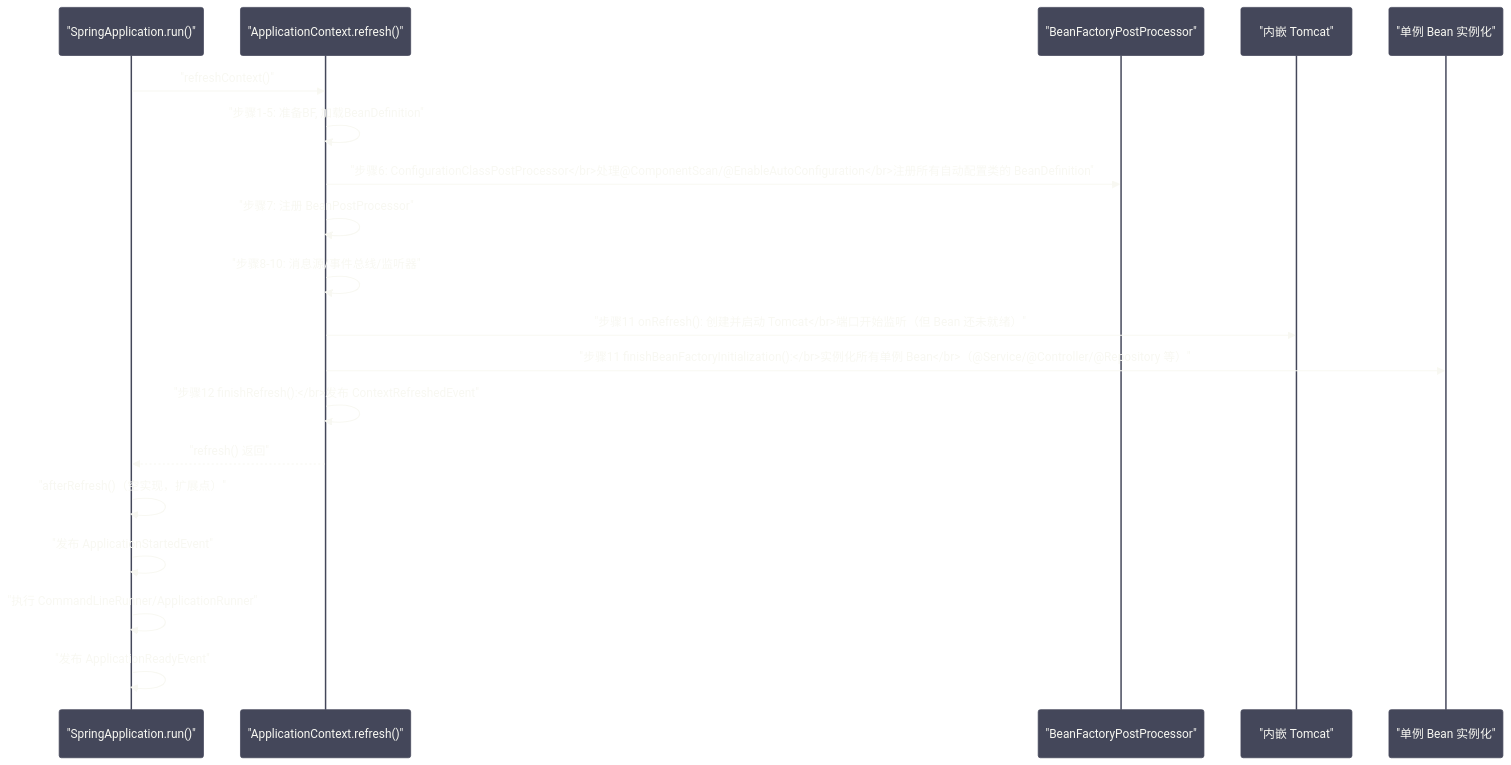
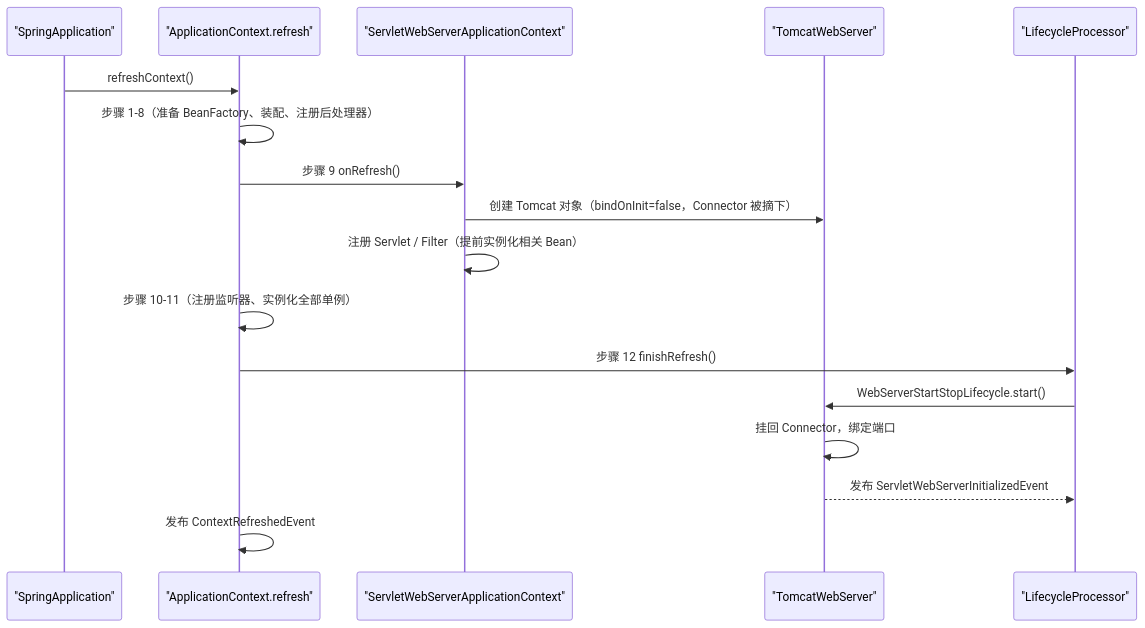
The third of 5 diagrams in content/Java/SpringBoot/01 启动流程——从main方法到ApplicationContext就绪.md (hpliStartAgain/my-brain), drawn with Mermaid before and after one commit. The commit also changed other lines of this file and 455 other files, not shown here.

````diff
--- a/content/Java/SpringBoot/01 启动流程——从main方法到ApplicationContext就绪.md
+++ b/content/Java/SpringBoot/01 启动流程——从main方法到ApplicationContext就绪.md
@@ -479,23 +382,21 @@
 ```mermaid
-%%{init: {'theme': 'base', 'themeVariables': {'primaryColor': '#6272a4', 'primaryTextColor': '#f8f8f2', 'primaryBorderColor': '#44475a', 'lineColor': '#bd93f9', 'secondaryColor': '#44475a', 'tertiaryColor': '#282a36', 'background': '#282a36', 'mainBkg': '#44475a', 'nodeBorder': '#6272a4', 'clusterBkg': '#282a36', 'titleColor': '#f8f8f2', 'edgeLabelBackground': '#44475a', 'fontFamily': 'monospace'}}}%%
+%%{init: {'theme': 'dracula'}}%%
 sequenceDiagram
-    participant SBA as "SpringApplication.run()"
-    participant CTX as "ApplicationContext.refresh()"
-    participant BFPP as "BeanFactoryPostProcessor"
-    participant TOMCAT as "内嵌 Tomcat"
-    participant BEANS as "单例 Bean 实例化"
+    participant SA as "SpringApplication"
+    participant AC as "ApplicationContext.refresh"
+    participant WS as "ServletWebServerApplicationContext"
+    participant TC as "TomcatWebServer"
+    participant LC as "LifecycleProcessor"
 
-    SBA->>CTX: "refreshContext()"
-    CTX->>CTX: "步骤1-5: 准备BF, 加载BeanDefinition"
-    CTX->>BFPP: "步骤6: ConfigurationClassPostProcessor</br>处理@ComponentScan/@EnableAutoConfiguration</br>注册所有自动配置类的 BeanDefinition"
-    CTX->>CTX: "步骤7: 注册 BeanPostProcessor"
-    CTX->>CTX: "步骤8-10: 消息源/事件总线/监听器"
-    CTX->>TOMCAT: "步骤11 onRefresh(): 创建并启动 Tomcat</br>端口开始监听（但 Bean 还未就绪）"
-    CTX->>BEANS: "步骤11 finishBeanFactoryInitialization():</br>实例化所有单例 Bean</br>（@Service/@Controller/@Repository 等）"
-    CTX->>CTX: "步骤12 finishRefresh():</br>发布 ContextRefreshedEvent"
-    CTX-->>SBA: "refresh() 返回"
-    SBA->>SBA: "afterRefresh()（空实现，扩展点）"
-    SBA->>SBA: "发布 ApplicationStartedEvent"
-    SBA->>SBA: "执行 CommandLineRunner/ApplicationRunner"
-    SBA->>SBA: "发布 ApplicationReadyEvent"
+    SA->>AC: refreshContext()
+    AC->>AC: 步骤 1-8（准备 BeanFactory、装配、注册后处理器）
+    AC->>WS: 步骤 9 onRefresh()
+    WS->>TC: 创建 Tomcat 对象（bindOnInit=false，Connector 被摘下）
+    WS->>WS: 注册 Servlet / Filter（提前实例化相关 Bean）
+    AC->>AC: 步骤 10-11（注册监听器、实例化全部单例）
+    AC->>LC: 步骤 12 finishRefresh()
+    LC->>TC: WebServerStartStopLifecycle.start()
+    TC->>TC: 挂回 Connector，绑定端口
+    TC-->>LC: 发布 ServletWebServerInitializedEvent
+    AC->>AC: 发布 ContextRefreshedEvent
 ```
````
